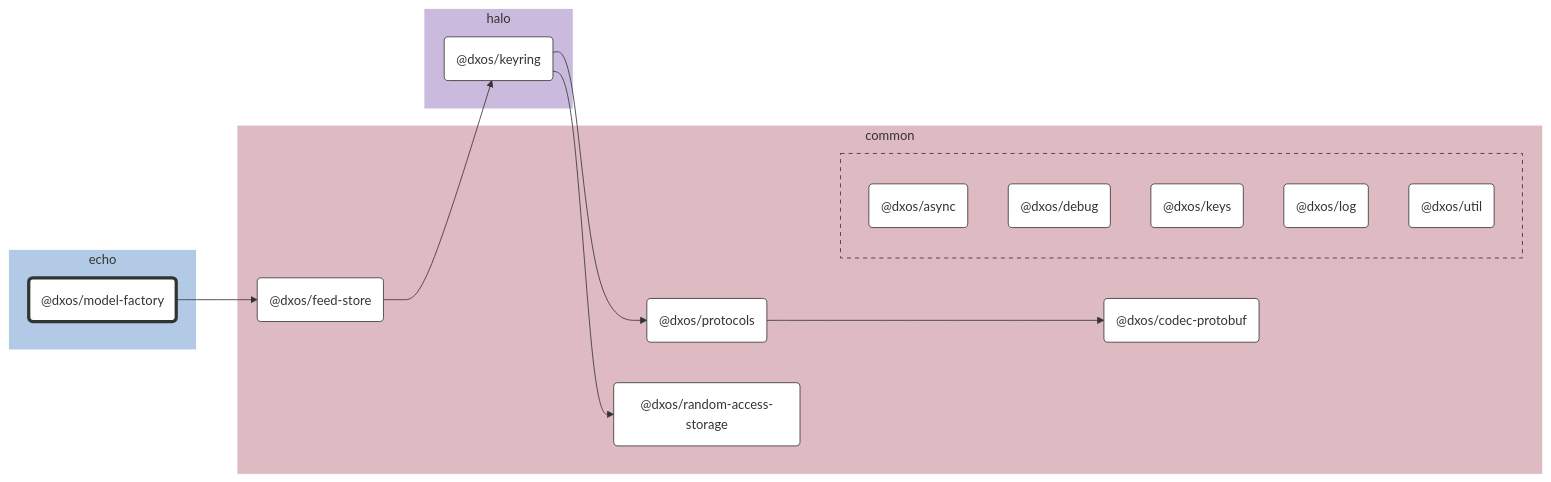
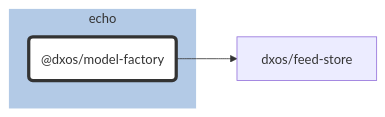
Before and after one commit to dxos/dxos: the diagram in packages/echo/model-factory/docs/README.md, drawn with Mermaid. The commit also changed 87 other files, not shown here.

````diff
--- a/packages/echo/model-factory/docs/README.md
+++ b/packages/echo/model-factory/docs/README.md
@@ -7,75 +7,21 @@
 ```mermaid
 %%{ init: {'flowchart':{'curve':'basis'}} }%%
 
 flowchart LR
 
-%% Links
-dxos/feed-store --> dxos/keyring;
-dxos/keyring --> dxos/protocols;
-dxos/keyring --> dxos/random-access-storage;
-dxos/model-factory --> dxos/feed-store;
-dxos/protocols --> dxos/codec-protobuf;
+%% Classes
+classDef def fill:#fff,stroke:#333,stroke-width:1px
+classDef root fill:#fff,stroke:#333,stroke-width:4px
 
-%% Sections
-subgraph echo
-  style echo fill:#b3cae6,stroke:#fff;
+%% Nodes
 
-  dxos/model-factory("@dxos/model-factory")
+subgraph echo [echo]
+  style echo fill:#b3cae6,stroke:#fff
+  dxos/model-factory("@dxos/model-factory"):::root
+  click dxos/model-factory "dxos/dxos/tree/main/packages/echo/model-factory/docs"
 end
 
-subgraph common
-  style common fill:#debac2,stroke:#fff;
-
-  dxos/codec-protobuf("@dxos/codec-protobuf")
-  dxos/feed-store("@dxos/feed-store")
-  dxos/protocols("@dxos/protocols")
-  dxos/random-access-storage("@dxos/random-access-storage")
-
-  subgraph common-excluded [ ]
-    style common-excluded fill:#debac2,stroke:#333,stroke-dasharray:5 5;
-
-    dxos/async("@dxos/async")
-    dxos/debug("@dxos/debug")
-    dxos/keys("@dxos/keys")
-    dxos/log("@dxos/log")
-    dxos/util("@dxos/util")
-  end
-end
-
-subgraph halo
-  style halo fill:#cabade,stroke:#fff;
-
-  dxos/keyring("@dxos/keyring")
-end
-
-
-%% Hyperlinks
-click dxos/async "dxos/dxos/tree/main/packages/common/async/docs";
-click dxos/codec-protobuf "dxos/dxos/tree/main/packages/common/codec-protobuf/docs";
-click dxos/debug "dxos/dxos/tree/main/packages/common/debug/docs";
-click dxos/feed-store "dxos/dxos/tree/main/packages/common/feed-store/docs";
-click dxos/keyring "dxos/dxos/tree/main/packages/halo/keyring/docs";
-click dxos/keys "dxos/dxos/tree/main/packages/common/keys/docs";
-click dxos/log "dxos/dxos/tree/main/packages/common/log/docs";
-click dxos/protocols "dxos/dxos/tree/main/packages/common/protocols/docs";
-click dxos/random-access-storage "dxos/dxos/tree/main/packages/common/random-access-storage/docs";
-click dxos/util "dxos/dxos/tree/main/packages/common/util/docs";
-
-%% Styles
-classDef rootNode fill:#fff,stroke:#333,stroke-width:4px
-classDef defaultNode fill:#fff,stroke:#333,stroke-width:1px
+%% Links
 linkStyle default stroke:#333,stroke-width:1px
-
-dxos/model-factory:::rootNode
-
-dxos/async:::defaultNode
-dxos/codec-protobuf:::defaultNode
-dxos/debug:::defaultNode
-dxos/feed-store:::defaultNode
-dxos/keyring:::defaultNode
-dxos/keys:::defaultNode
-dxos/log:::defaultNode
-dxos/protocols:::defaultNode
-dxos/random-access-storage:::defaultNode
-dxos/util:::defaultNode
+dxos/model-factory --> dxos/feed-store
 ```
````
